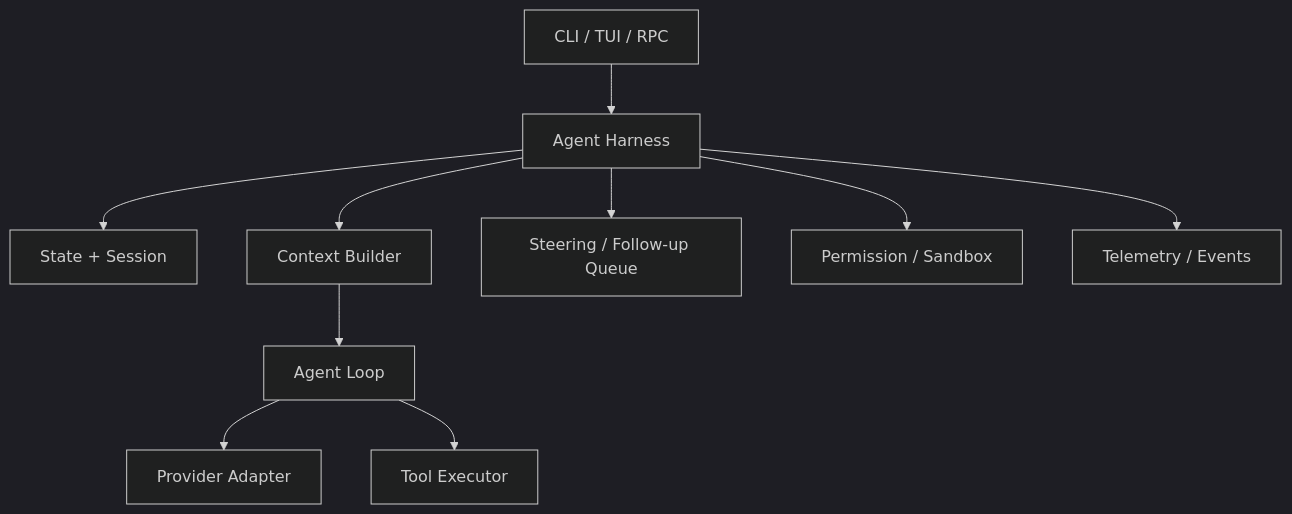
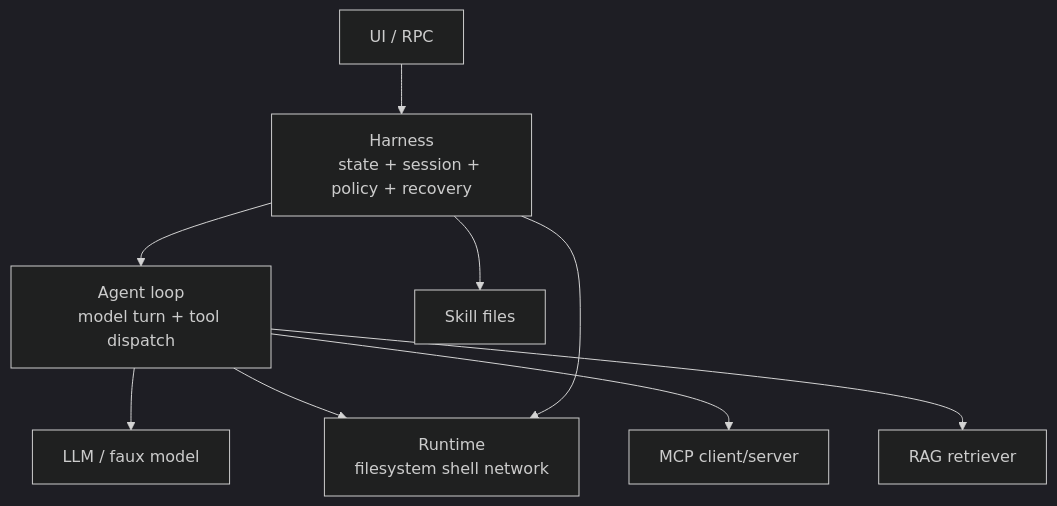
The diagram in ai-agent-learning/07-harness/what-is-harness.mdx (coolerks/pi-lean), drawn with Mermaid (dark theme) before and after one commit. The commit also changed other lines of this file and 135 other files, not shown here.

````diff
--- a/ai-agent-learning/07-harness/what-is-harness.mdx
+++ b/ai-agent-learning/07-harness/what-is-harness.mdx
@@ -18,12 +48,23 @@
 ```mermaid
-flowchart TD
-    UI[CLI / TUI / RPC] --> H[Agent Harness]
-    H --> State[State + Session]
-    H --> C[Context Builder]
-    C --> L[Agent Loop]
-    L --> P[Provider Adapter]
-    L --> T[Tool Executor]
-    H --> Q[Steering / Follow-up Queue]
-    H --> G[Permission / Sandbox]
-    H --> O[Telemetry / Events]
+flowchart TB
+    UI[UI / RPC]
+    Harness[Harness
+    state + session + policy + recovery]
+    Agent[Agent loop
+    model turn + tool dispatch]
+    Model[LLM / faux model]
+    Runtime[Runtime
+    filesystem shell network]
+    MCP[MCP client/server]
+    Skill[Skill files]
+    RAG[RAG retriever]
+
+    UI --> Harness
+    Harness --> Agent
+    Agent --> Model
+    Agent --> Runtime
+    Harness --> Runtime
+    Harness --> Skill
+    Agent --> MCP
+    Agent --> RAG
 ```
````
